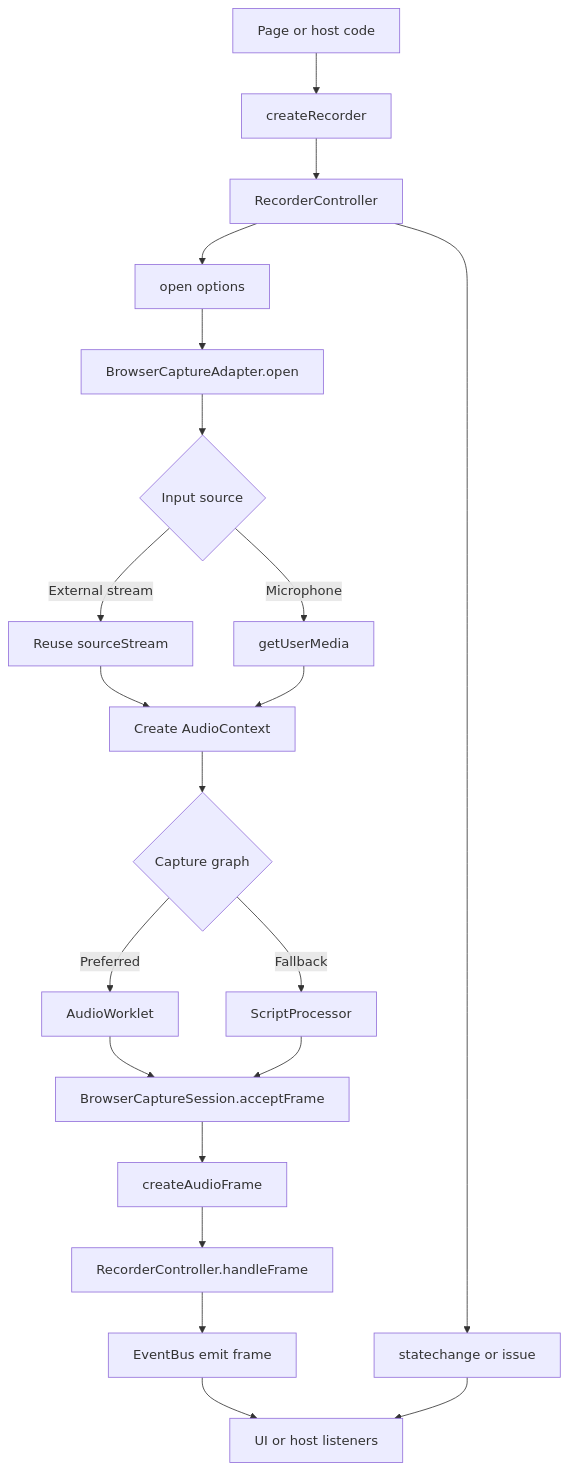
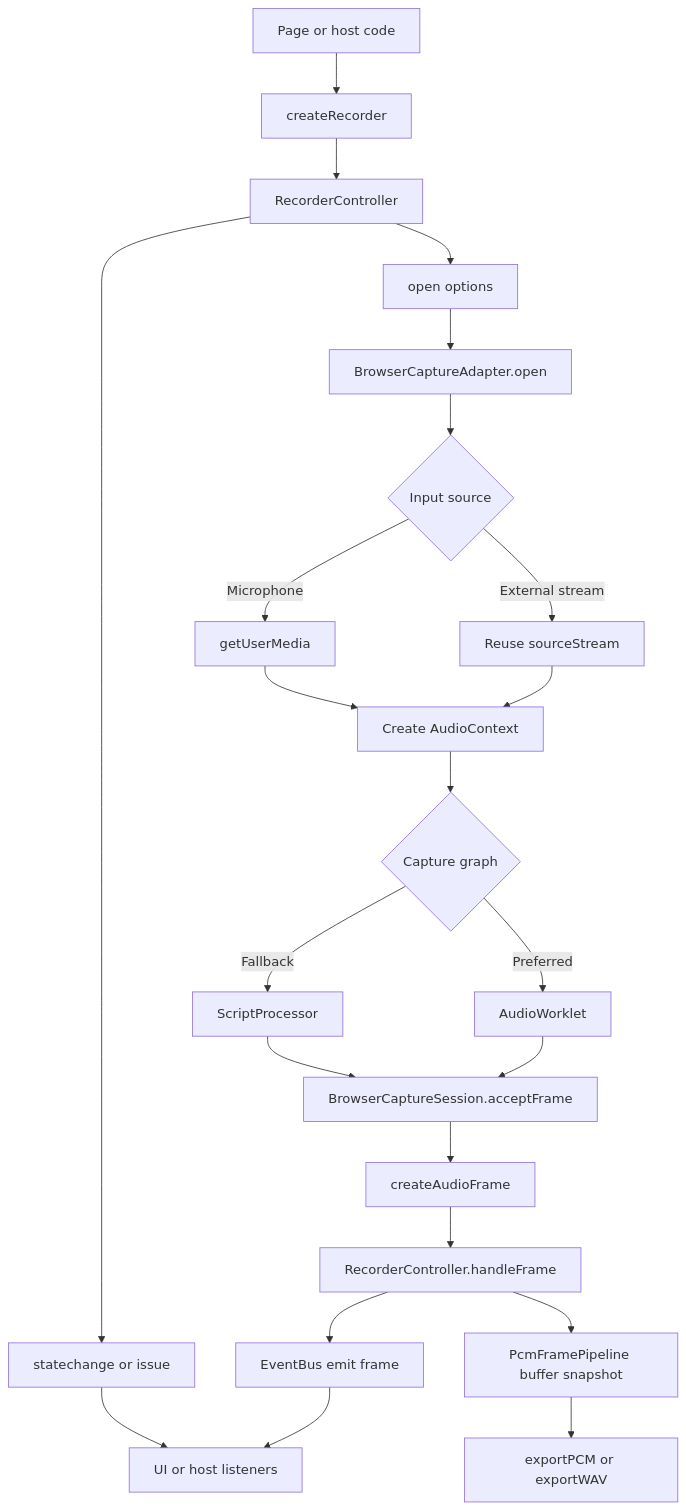
Before and after one commit to CSNight/audio-recorder: the diagram in README.md, drawn with Mermaid. The commit also changed other lines of this file and 42 other files, not shown here.

Commit message:
feat: add persistent pcm storage architecture

````diff
--- a/README.md
+++ b/README.md
@@ -34,23 +60,25 @@
 ```mermaid
 flowchart TD
   A[Page or host code] --> B[createRecorder]
   B --> C[RecorderController]
   C --> D[open options]
   D --> E[BrowserCaptureAdapter.open]
   E --> F{Input source}
   F -->|External stream| G[Reuse sourceStream]
   F -->|Microphone| H[getUserMedia]
   G --> I[Create AudioContext]
   H --> I
   I --> J{Capture graph}
   J -->|Preferred| K[AudioWorklet]
   J -->|Fallback| L[ScriptProcessor]
   K --> M[BrowserCaptureSession.acceptFrame]
   L --> M
   M --> N[createAudioFrame]
   N --> O[RecorderController.handleFrame]
   O --> P[EventBus emit frame]
   P --> Q[UI or host listeners]
+  O --> S[PcmFramePipeline buffer snapshot]
+  S --> T[exportPCM or exportWAV]
   C --> R[statechange or issue]
   R --> Q
 ```
````
